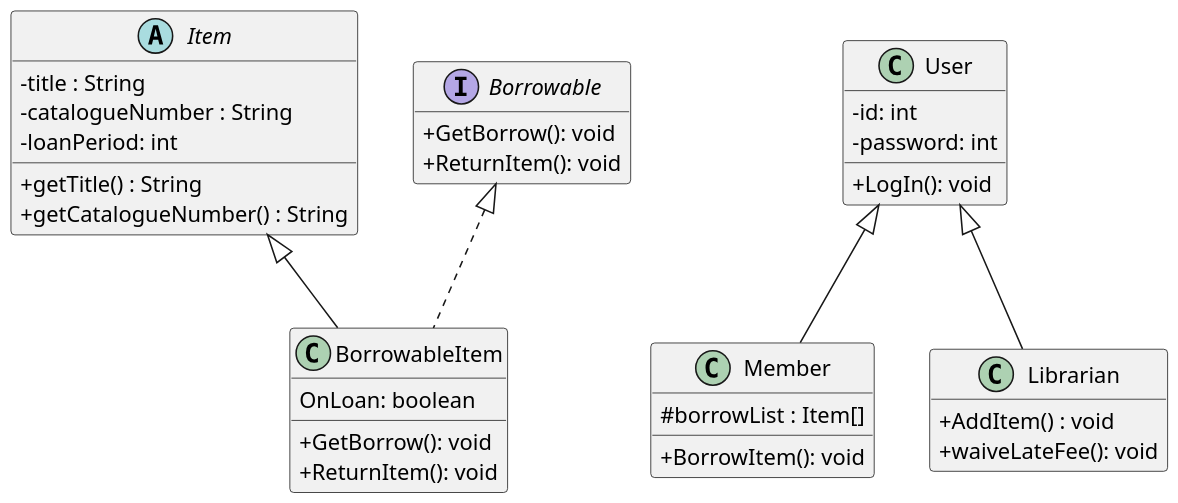
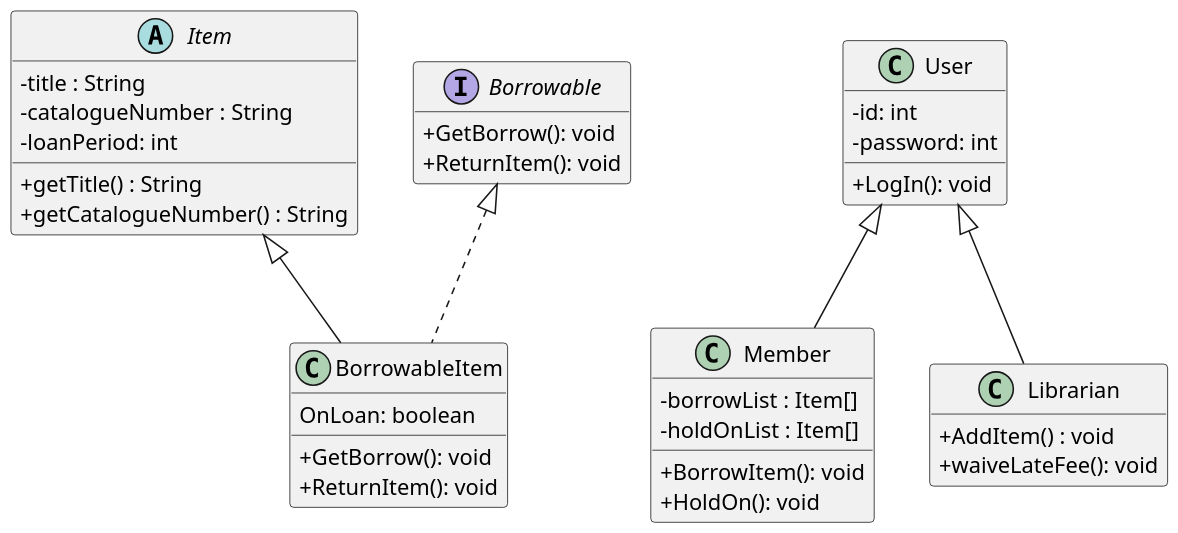
One commit to Jackyous/207-course-notes changed the diagram in plantuml/exercises/library-uml-starter.puml. Above: the diagram before and after it, drawn with PlantUML.

Commit message:
Changed a little for my umi graph

```diff
--- a/plantuml/exercises/library-uml-starter.puml
+++ b/plantuml/exercises/library-uml-starter.puml
@@ -1,61 +1,63 @@
 @startuml
 skinparam dpi 150
 skinparam classAttributeIconSize 0
 hide empty members
 
 ' Your task (Chapter 8, Question 1): draw the UML class diagram for the library
 ' specification — items, books, DVDs, reference-only items, members, librarians,
 ' and holds.
 '
 ' Define each type as a box, then connect them with the right arrows. One box
 ' (Item) is filled in as an example — decide on the rest yourself. There is more
 ' than one defensible answer.
 '
 ' PlantUML cheat-sheet:
 '   interface Name { + method() : Type }
 '   abstract class Name { # field : Type }
 '   class Name { - field : Type }
 '   Parent    <|-- Child    ' generalization: Child extends Parent
 '   Interface <|.. Class    ' realization:    Class implements Interface
 ' (Putting the parent/interface on the LEFT of the arrow keeps it on top, which
 '  is the convention used in these notes.)
 
 abstract class Item {
   - title : String
   - catalogueNumber : String
   - loanPeriod: int
   + getTitle() : String
   + getCatalogueNumber() : String
 }
 
 interface Borrowable{
     + GetBorrow(): void
     + ReturnItem(): void
 }
 
 class BorrowableItem{
     OnLoan: boolean
     + GetBorrow(): void
     + ReturnItem(): void
 }
 
 class User{
     - id: int
     -password: int
     + LogIn(): void
 }
 class Member{
-    # borrowList : Item[]
+    - borrowList : Item[]
+    - holdOnList : Item[]
     + BorrowItem(): void
+    + HoldOn(): void
 }
 class Librarian{
     +AddItem() : void
     + waiveLateFee(): void
 }
 
 User <|-- Member
 User <|-- Librarian
 Item <|-- BorrowableItem
 Borrowable <|.. BorrowableItem
 
 @enduml
```
